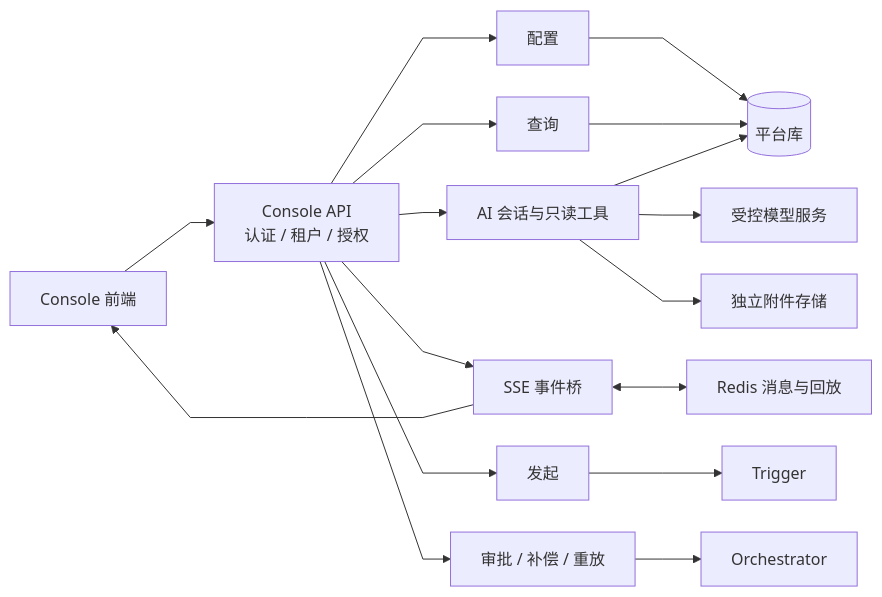
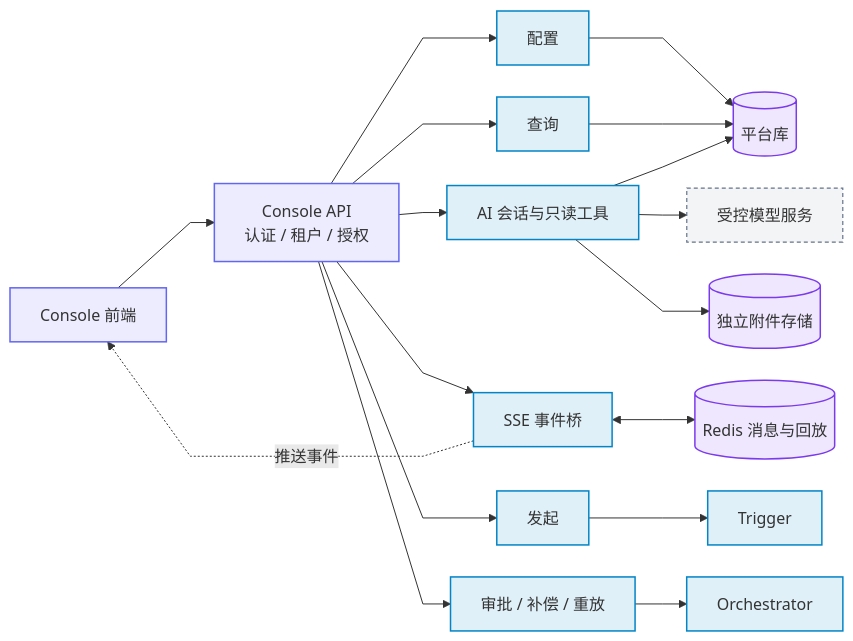
Before and after one commit to pinpols/file-batch-system: the third of 23 diagrams in docs/architecture/system-flow-overview.md, drawn with Mermaid. The commit also changed other lines of this file and 11 other files, not shown here.

First line of the commit message:
docs(diagram): P2 文档图按图例统一并按源码核对状态机 (#1383)

````diff
--- a/docs/architecture/system-flow-overview.md
+++ b/docs/architecture/system-flow-overview.md
@@ -109,16 +109,23 @@
 ```mermaid
 %%{init: {"flowchart":{"curve":"linear","nodeSpacing":32,"rankSpacing":48},"sequence":{"mirrorActors":false}}}%%
 flowchart LR
-  U["Console 前端"] --> C["Console API<br/>认证 / 租户 / 授权"]
-  C --> CFG["配置"] --> DB[("平台库")]
-  C --> Q["查询"] --> DB
-  C --> AI["AI 会话与只读工具"]
+  U["Console 前端"]:::entry --> C["Console API<br/>认证 / 租户 / 授权"]:::entry
+  C --> CFG["配置"]:::control --> DB[("平台库")]:::store
+  C --> Q["查询"]:::control --> DB
+  C --> AI["AI 会话与只读工具"]:::control
   AI --> DB
-  AI --> M["受控模型服务"]
-  AI --> A["独立附件存储"]
-  C --> RT["SSE 事件桥"]
-  RT <--> R["Redis 消息与回放"]
-  RT --> U
-  C --> L["发起"] --> T["Trigger"]
-  C --> OPS["审批 / 补偿 / 重放"] --> O["Orchestrator"]
+  AI --> M["受控模型服务"]:::ext
+  AI --> A[("独立附件存储")]:::store
+  C --> RT["SSE 事件桥"]:::control
+  RT <--> R[("Redis 消息与回放")]:::store
+  RT -.->|"推送事件"| U
+  C --> L["发起"]:::control --> T["Trigger"]:::control
+  C --> OPS["审批 / 补偿 / 重放"]:::control --> O["Orchestrator"]:::control
+  classDef entry fill:#6366f11f,stroke:#6366f1,stroke-width:1.5px
+  classDef control fill:#0284c71f,stroke:#0284c7,stroke-width:1.5px
+  classDef mq fill:#d977061f,stroke:#d97706,stroke-width:1.5px
+  classDef worker fill:#0596691f,stroke:#059669,stroke-width:1.5px
+  classDef store fill:#7c3aed1f,stroke:#7c3aed,stroke-width:1.5px
+  classDef ext fill:#64748b14,stroke:#64748b,stroke-width:1.2px,stroke-dasharray:4 3
+  classDef lib fill:#64748b14,stroke:#64748b,stroke-width:1.2px
 ```
````
